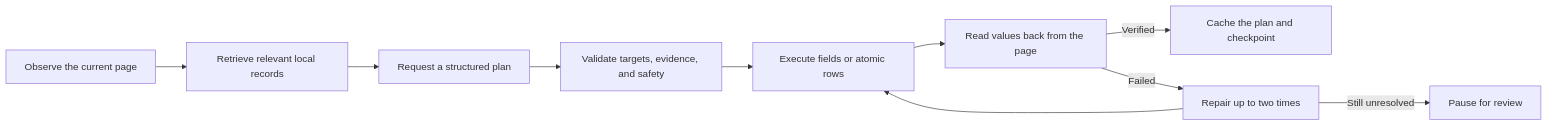
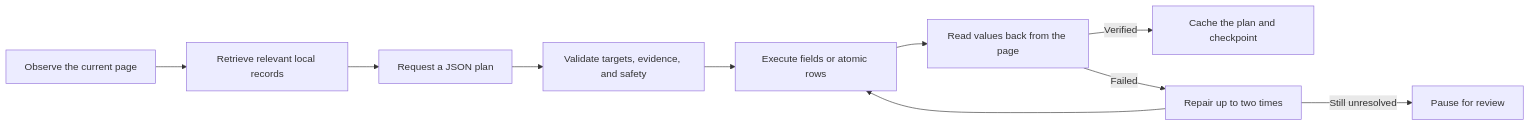
The diagram in README.en.md (ironhxs/baoyan-auto-filler), drawn with Mermaid before and after one commit. The commit also changed other lines of this file and 2 other files, not shown here.

````diff
--- a/README.en.md
+++ b/README.en.md
@@ -44,12 +44,12 @@
 ```mermaid
 flowchart LR
   A[Observe the current page] --> B[Retrieve relevant local records]
-  B --> C[Request a structured plan]
+  B --> C[Request a JSON plan]
   C --> D[Validate targets, evidence, and safety]
   D --> E[Execute fields or atomic rows]
   E --> F[Read values back from the page]
   F -->|Verified| G[Cache the plan and checkpoint]
   F -->|Failed| H[Repair up to two times]
   H --> E
   H -->|Still unresolved| I[Pause for review]
 ```
````
